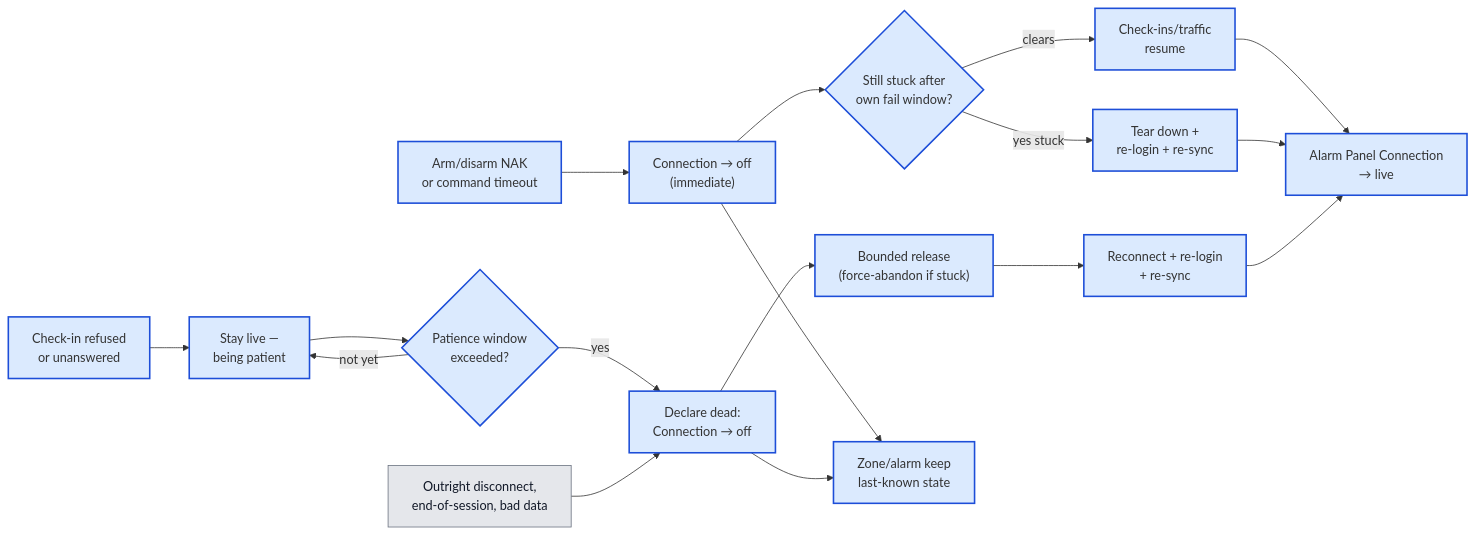
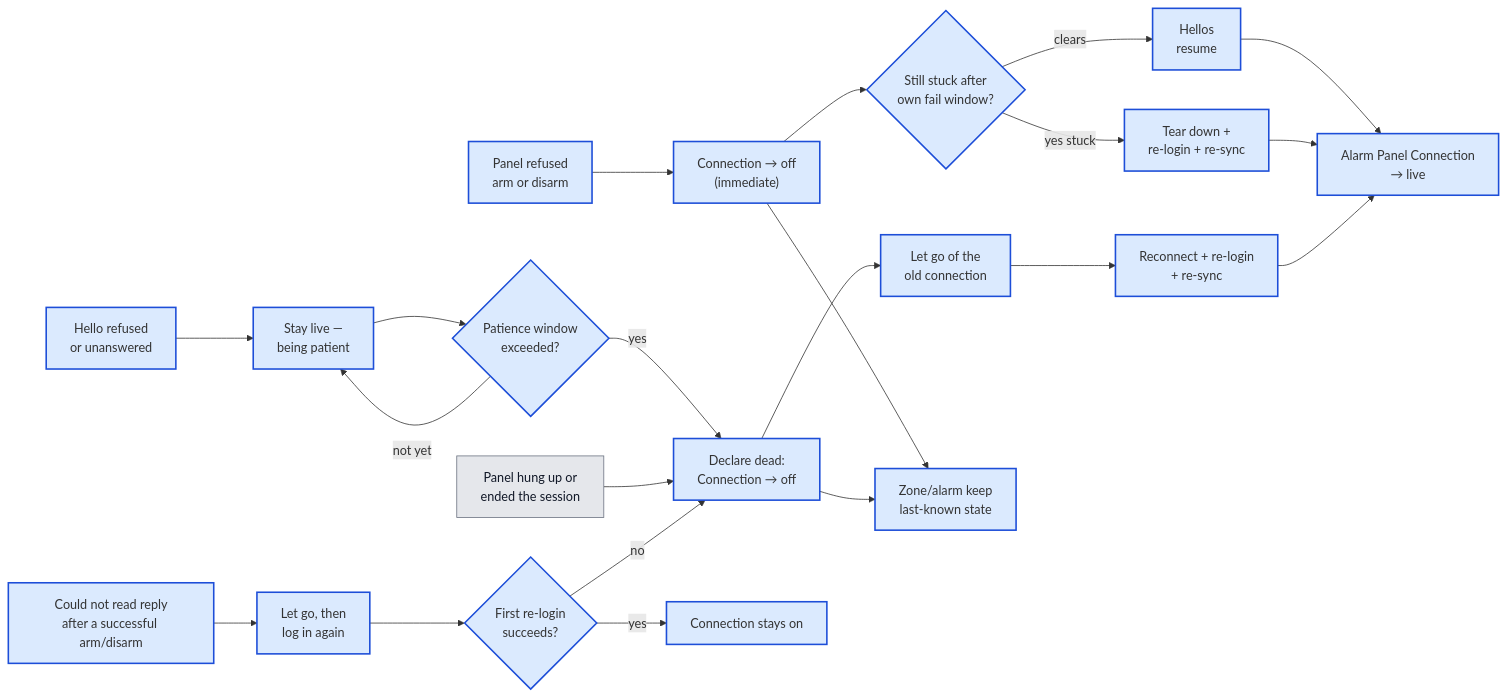
The fifth of 6 diagrams in docs/architecture.md (michaelmarconi/texecom_alarm), drawn with Mermaid before and after one commit. The commit also changed other lines of this file, not shown here.

First line of the commit message:
docs(architecture): fold ADR-021 into one busy-versus-dead session story

````diff
--- a/docs/architecture.md
+++ b/docs/architecture.md
@@ -519,35 +191,43 @@
 ```mermaid
 flowchart LR
-    Reject["Arm/disarm NAK<br/>or command timeout"]:::owned
+    Reject["Panel refused<br/>arm or disarm"]:::owned
     Off1["Connection → off<br/>(immediate)"]:::owned
     Soft{"Still stuck after<br/>own fail window?"}:::owned
-    CheckInOk["Check-ins/traffic<br/>resume"]:::owned
+    CheckInOk["Hellos<br/>resume"]:::owned
     Relogin["Tear down +<br/>re-login + re-sync"]:::owned
 
-    CheckInFail["Check-in refused<br/>or unanswered"]:::owned
+    CheckInFail["Hello refused<br/>or unanswered"]:::owned
     Patient["Stay live —<br/>being patient"]:::owned
     Window{"Patience window<br/>exceeded?"}:::owned
     DeclareDead["Declare dead:<br/>Connection → off"]:::owned
-    Release["Bounded release<br/>(force-abandon if stuck)"]:::owned
+    Release["Let go of the<br/>old connection"]:::owned
     Reconnect["Reconnect + re-login<br/>+ re-sync"]:::owned
 
-    Drop["Outright disconnect,<br/>end-of-session, bad data"]:::external
+    Drop["Panel hung up or<br/>ended the session"]:::external
+    Collision["Could not read reply<br/>after a successful arm/disarm"]:::owned
+    CollRelease["Let go, then<br/>log in again"]:::owned
+    Attempt{"First re-login<br/>succeeds?"}:::owned
+    StayOn["Connection stays on"]:::owned
 
     Live["Alarm Panel Connection<br/>→ live"]:::owned
     Keep["Zone/alarm keep<br/>last-known state"]:::owned
 
     Reject --> Off1 --> Keep
     Off1 --> Soft
     Soft -->|clears| CheckInOk --> Live
     Soft -->|yes stuck| Relogin --> Live
 
     CheckInFail --> Patient --> Window
     Window -->|not yet| Patient
     Window -->|yes| DeclareDead --> Keep
     DeclareDead --> Release --> Reconnect --> Live
 
     Drop --> DeclareDead
 
+    Collision --> CollRelease --> Attempt
+    Attempt -->|yes| StayOn
+    Attempt -->|no| DeclareDead
+
     classDef owned fill:#dbeafe,stroke:#1d4ed8,stroke-width:2px
     classDef external fill:#e5e7eb,stroke:#6b7280,color:#111827
 ```
````
